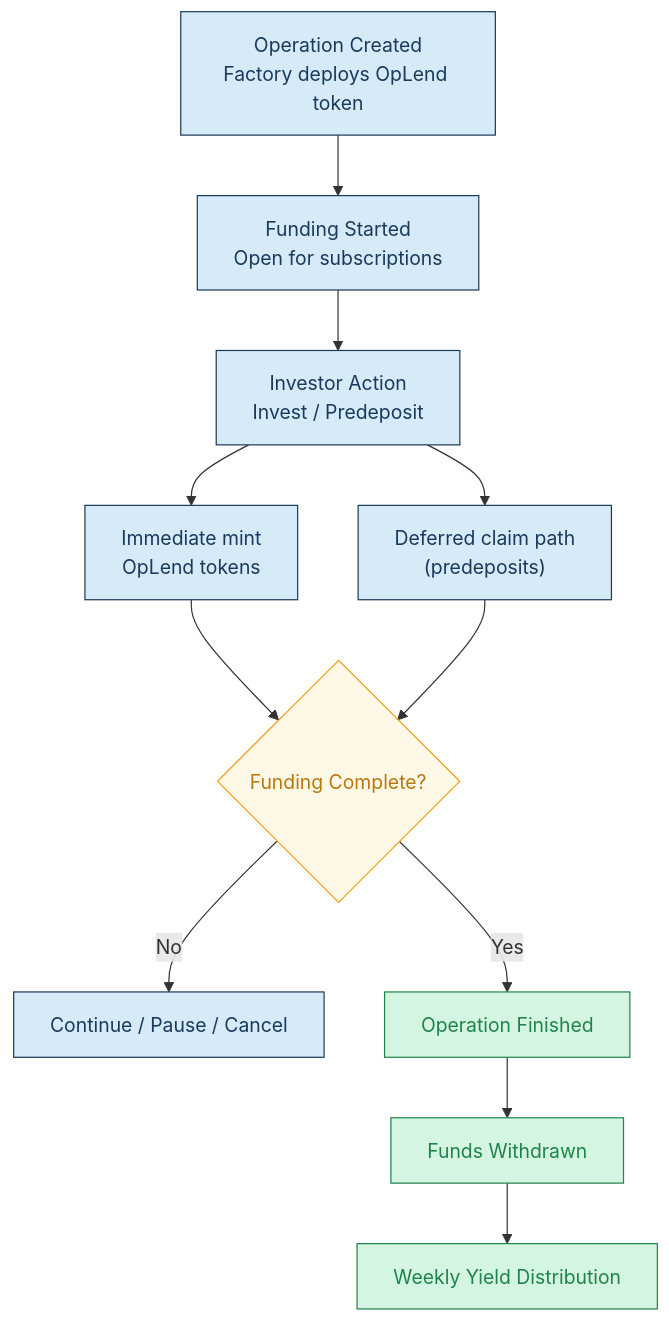
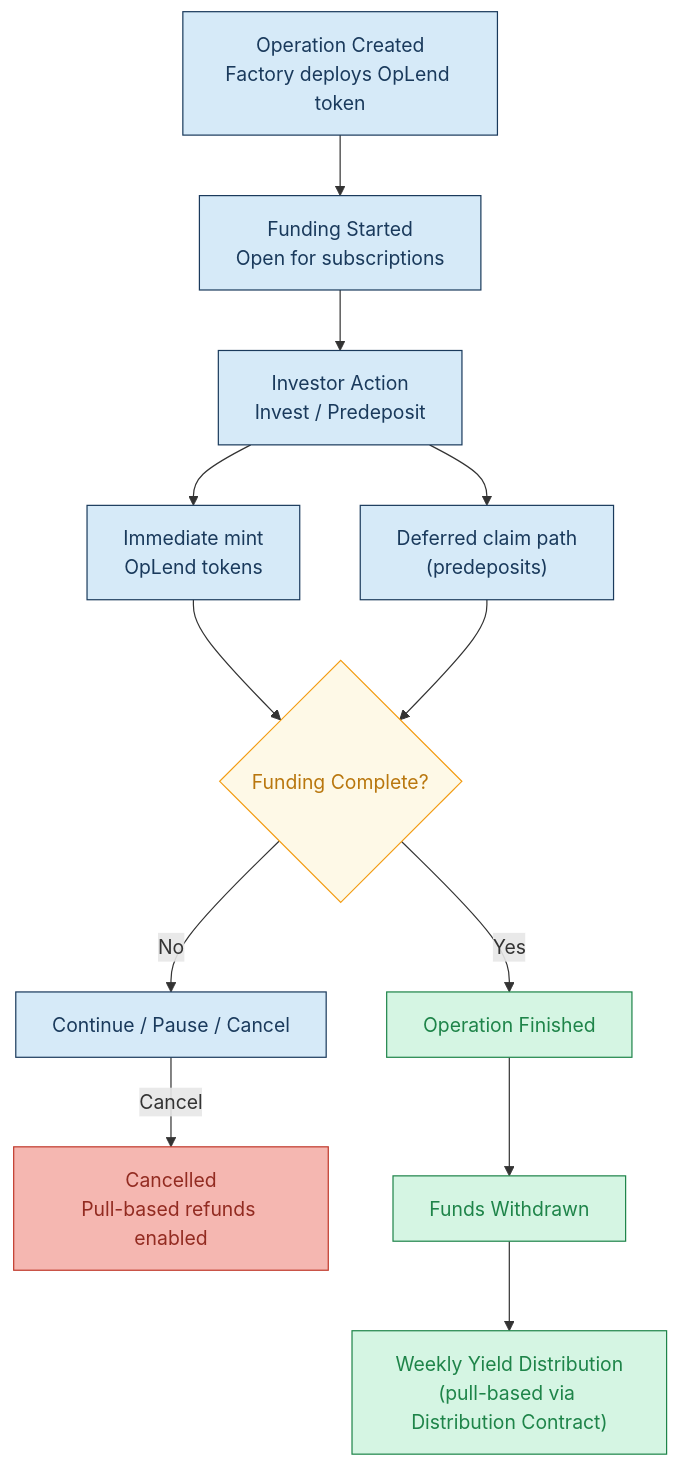
One commit to Blazirus66/lend-stellar-stack-review changed the ninth of 9 diagrams in 01-technical-architecture.md. Above: the diagram before and after it, drawn with Mermaid. The commit also changed other lines of this file, not shown here.

First line of the commit message:
Integrate architecture review feedback — security, scalability, precision

````diff
--- a/01-technical-architecture.md
+++ b/01-technical-architecture.md
@@ -457,22 +660,25 @@
 ```mermaid
 graph TD
     A["Operation Created<br/>Factory deploys OpLend token"] --> B["Funding Started<br/>Open for subscriptions"]
     B --> C["Investor Action<br/>Invest / Predeposit"]
     C --> D["Immediate mint<br/>OpLend tokens"]
     C --> E["Deferred claim path<br/>(predeposits)"]
     D --> F{"Funding Complete?"}
     E --> F
     F -->|No| G["Continue / Pause / Cancel"]
     F -->|Yes| H["Operation Finished"]
+    G -->|Cancel| K["Cancelled<br/>Pull-based refunds enabled"]
     H --> I["Funds Withdrawn"]
-    I --> J["Weekly Yield Distribution"]
+    I --> J["Weekly Yield Distribution<br/>(pull-based via Distribution Contract)"]
 
     classDef active fill:#d6eaf8,stroke:#1a3a5c,color:#1a3a5c
     classDef decision fill:#fef9e7,stroke:#f39c12,color:#b9770e
     classDef final fill:#d5f5e3,stroke:#1e8449,color:#1e8449
+    classDef cancel fill:#f5b7b1,stroke:#c0392b,color:#922b21
 
     class A,B,C,D,E active
     class F decision
     class H,I,J final
     class G active
+    class K cancel
 ```
````
